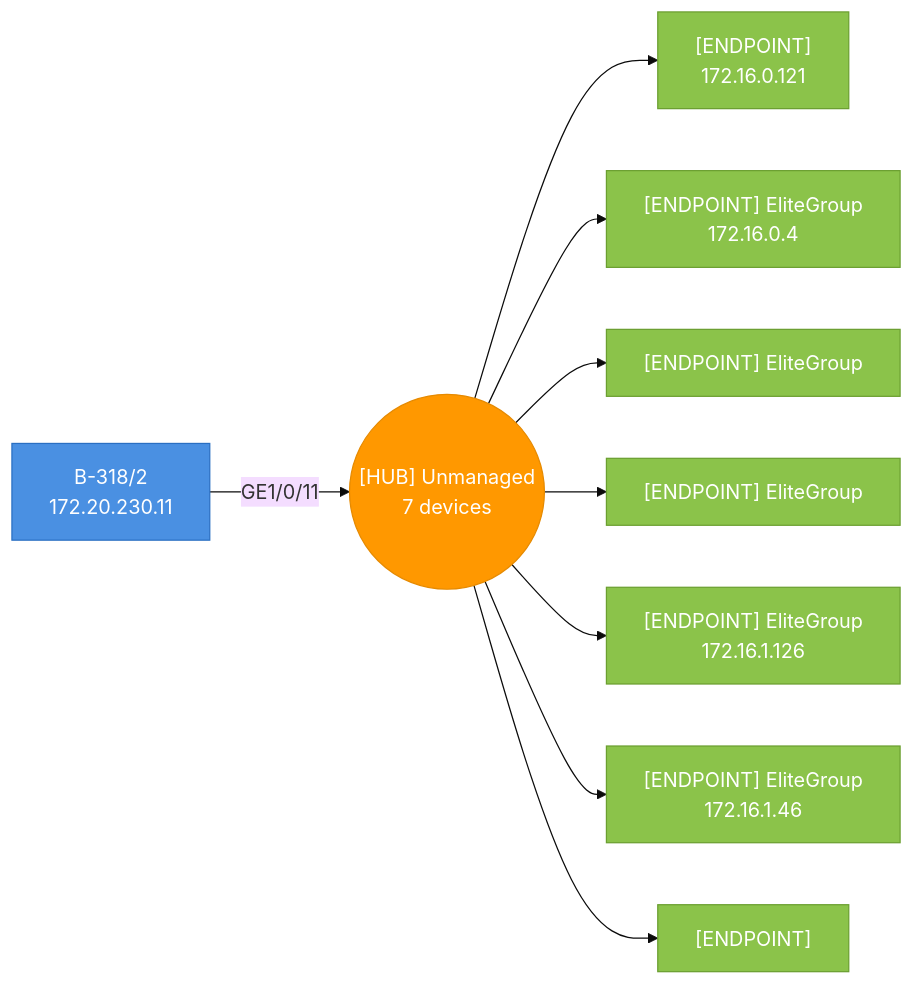
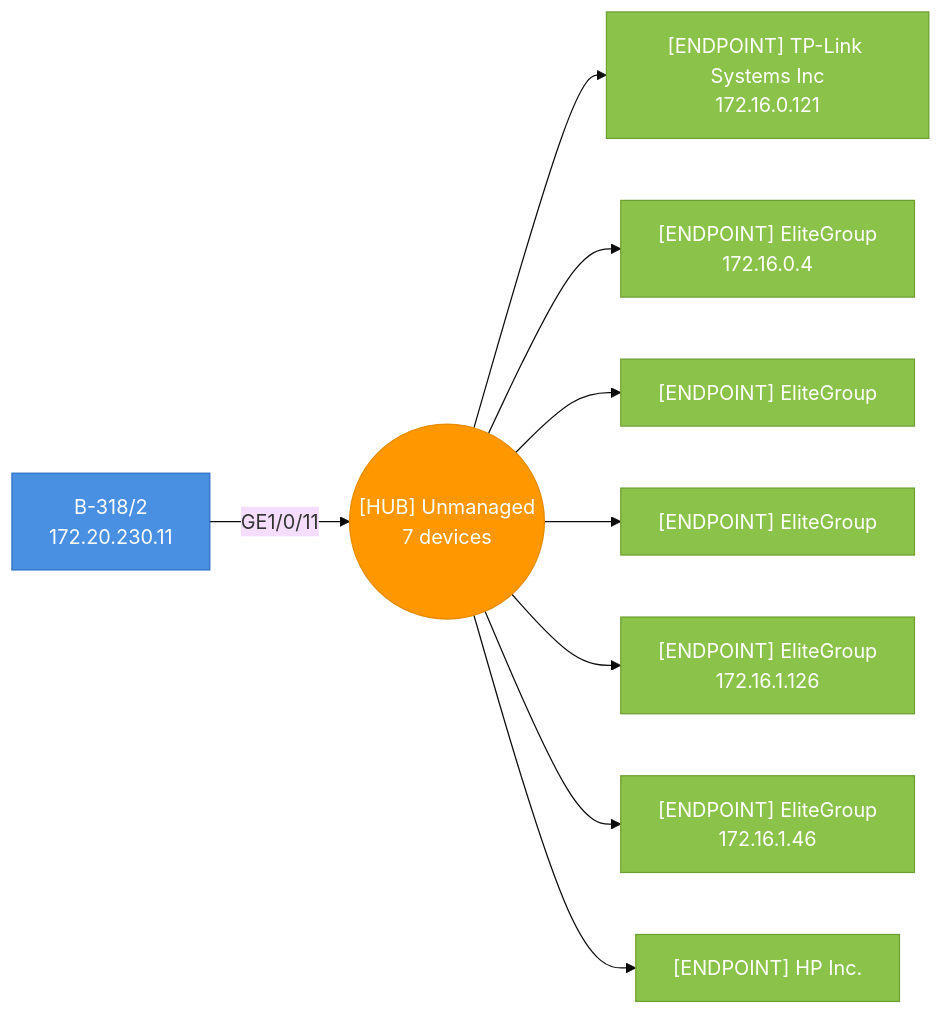
One commit to djamic/LLDP-Skanner-Go changed the fourth of 47 diagrams in testdata/golden/audit_default.md. Above: the diagram before and after it, drawn with Mermaid (base theme). The commit also changed other lines of this file and 16 other files, not shown here.

````diff
--- a/testdata/golden/audit_default.md
+++ b/testdata/golden/audit_default.md
@@ -1572,29 +1562,29 @@
 ```mermaid
 graph LR
   hub_4caea32785ea_p11(("[HUB] Unmanaged<br>7 devices"))
   4caea32785ea["B-318/2<br>172.20.230.11"]
   4caea32785ea-- "GE1/0/11" -->hub_4caea32785ea_p11
   style 4caea32785ea fill:#4A90E2,stroke:#2A6FC2,color:#fff
-  5c628bb8b311["[ENDPOINT]<br>172.16.0.121"]
+  5c628bb8b311["[ENDPOINT] TP-Link Systems Inc<br>172.16.0.121"]
   hub_4caea32785ea_p11-->5c628bb8b311
   style 5c628bb8b311 fill:#8BC34A,stroke:#6B9F30,color:#fff
   94c6913ff34f["[ENDPOINT] EliteGroup<br>172.16.0.4"]
   hub_4caea32785ea_p11-->94c6913ff34f
   style 94c6913ff34f fill:#8BC34A,stroke:#6B9F30,color:#fff
   94c6913ff361["[ENDPOINT] EliteGroup"]
   hub_4caea32785ea_p11-->94c6913ff361
   style 94c6913ff361 fill:#8BC34A,stroke:#6B9F30,color:#fff
   94c6913ff441["[ENDPOINT] EliteGroup"]
   hub_4caea32785ea_p11-->94c6913ff441
   style 94c6913ff441 fill:#8BC34A,stroke:#6B9F30,color:#fff
   94c6913ff467["[ENDPOINT] EliteGroup<br>172.16.1.126"]
   hub_4caea32785ea_p11-->94c6913ff467
   style 94c6913ff467 fill:#8BC34A,stroke:#6B9F30,color:#fff
   94c6913ff901["[ENDPOINT] EliteGroup<br>172.16.1.46"]
   hub_4caea32785ea_p11-->94c6913ff901
   style 94c6913ff901 fill:#8BC34A,stroke:#6B9F30,color:#fff
-  acf46650f0bb["[ENDPOINT]"]
+  acf46650f0bb["[ENDPOINT] HP Inc."]
   hub_4caea32785ea_p11-->acf46650f0bb
   style acf46650f0bb fill:#8BC34A,stroke:#6B9F30,color:#fff
   style hub_4caea32785ea_p11 fill:#FF9800,stroke:#E68A00,color:#fff
 ```
````
